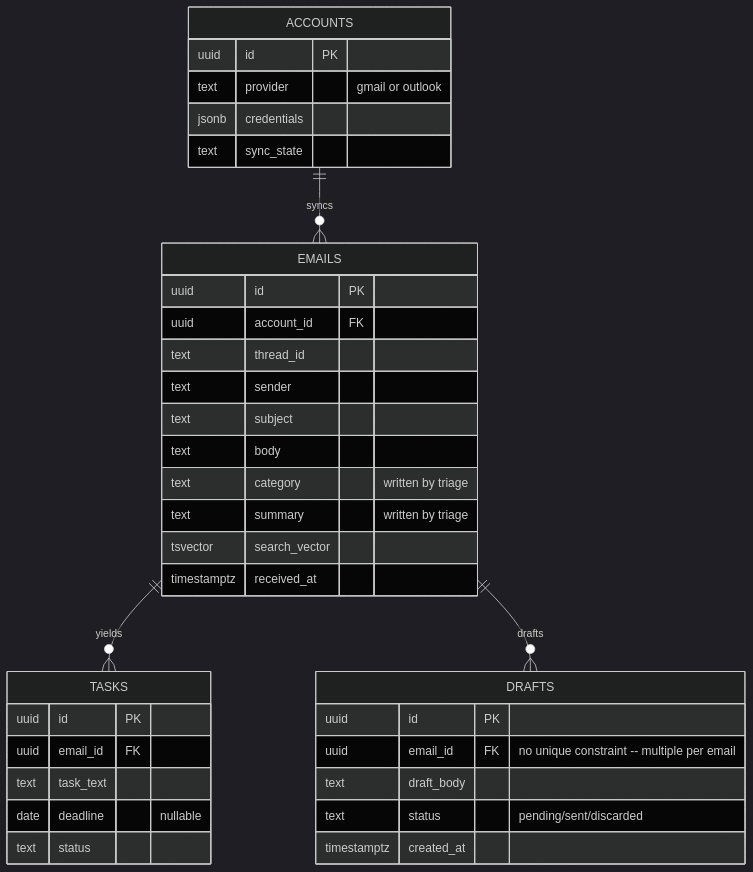
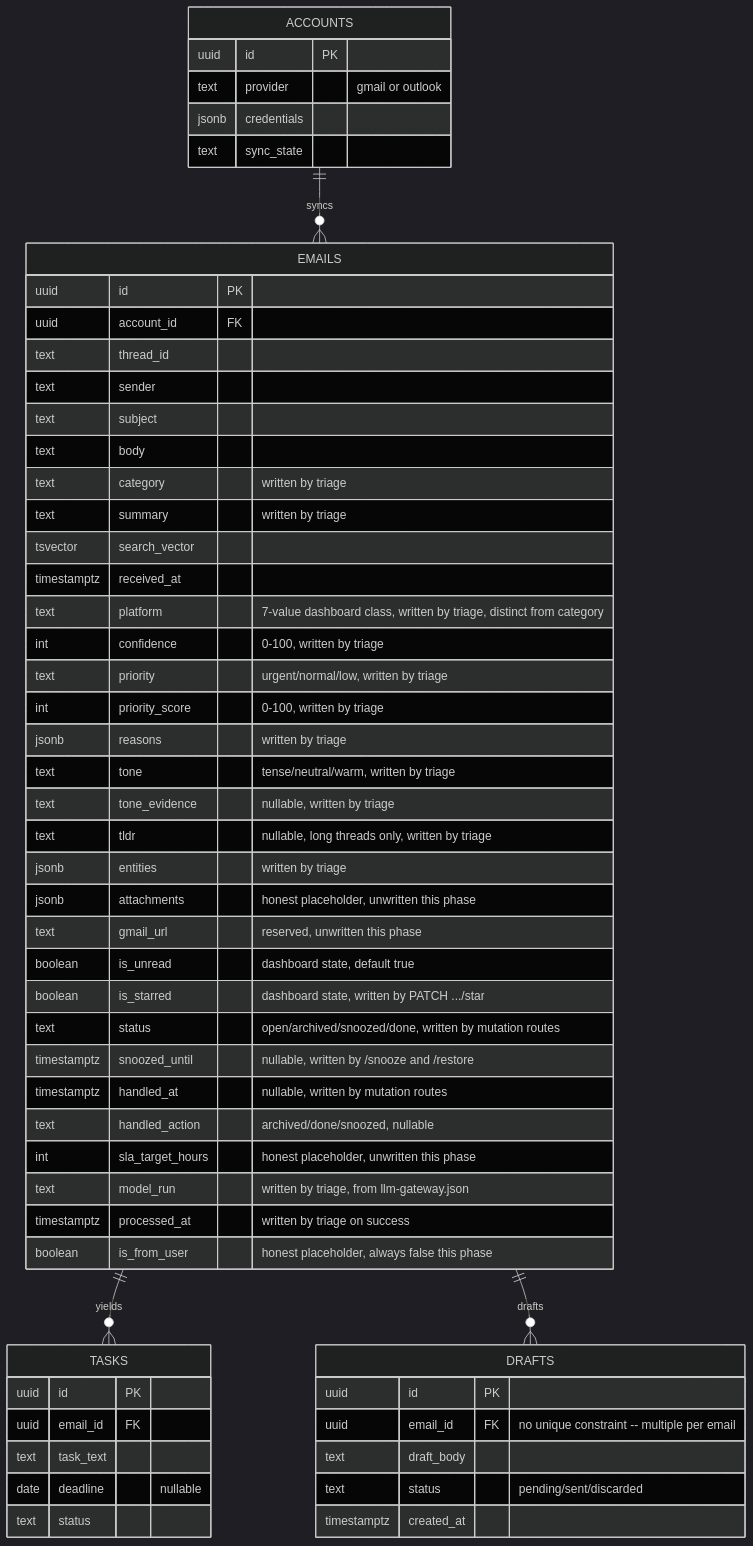
One commit to yomal321/smart-email-assistant changed the diagram in architect/04-data-model.md. Above: the diagram before and after it, drawn with Mermaid (dark theme). The commit also changed other lines of this file, not shown here.

Commit message:
specclaw(009-dashboard-messages-api): T9 — Update architect/04-data-model.md for the enriched emails table

````diff
--- a/architect/04-data-model.md
+++ b/architect/04-data-model.md
@@ -7,39 +7,60 @@
 ```mermaid
 erDiagram
     ACCOUNTS ||--o{ EMAILS : syncs
     EMAILS   ||--o{ TASKS  : yields
     EMAILS   ||--o{ DRAFTS : drafts
 
     ACCOUNTS {
         uuid id PK
         text provider "gmail or outlook"
         jsonb credentials
         text sync_state
     }
     EMAILS {
         uuid id PK
         uuid account_id FK
         text thread_id
         text sender
         text subject
         text body
         text category "written by triage"
         text summary "written by triage"
         tsvector search_vector
         timestamptz received_at
+        text platform "7-value dashboard class, written by triage, distinct from category"
+        int confidence "0-100, written by triage"
+        text priority "urgent/normal/low, written by triage"
+        int priority_score "0-100, written by triage"
+        jsonb reasons "written by triage"
+        text tone "tense/neutral/warm, written by triage"
+        text tone_evidence "nullable, written by triage"
+        text tldr "nullable, long threads only, written by triage"
+        jsonb entities "written by triage"
+        jsonb attachments "honest placeholder, unwritten this phase"
+        text gmail_url "reserved, unwritten this phase"
+        boolean is_unread "dashboard state, default true"
+        boolean is_starred "dashboard state, written by PATCH .../star"
+        text status "open/archived/snoozed/done, written by mutation routes"
+        timestamptz snoozed_until "nullable, written by /snooze and /restore"
+        timestamptz handled_at "nullable, written by mutation routes"
+        text handled_action "archived/done/snoozed, nullable"
+        int sla_target_hours "honest placeholder, unwritten this phase"
+        text model_run "written by triage, from llm-gateway.json"
+        timestamptz processed_at "written by triage on success"
+        boolean is_from_user "honest placeholder, always false this phase"
     }
     TASKS {
         uuid id PK
         uuid email_id FK
         text task_text
         date deadline "nullable"
         text status
     }
     DRAFTS {
         uuid id PK
         uuid email_id FK "no unique constraint -- multiple per email"
         text draft_body
         text status "pending/sent/discarded"
         timestamptz created_at
     }
 ```
````
